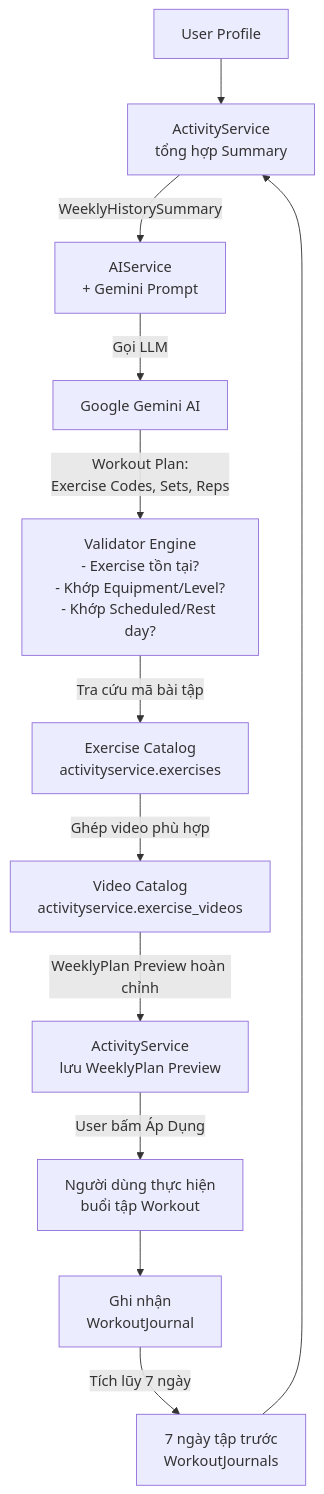
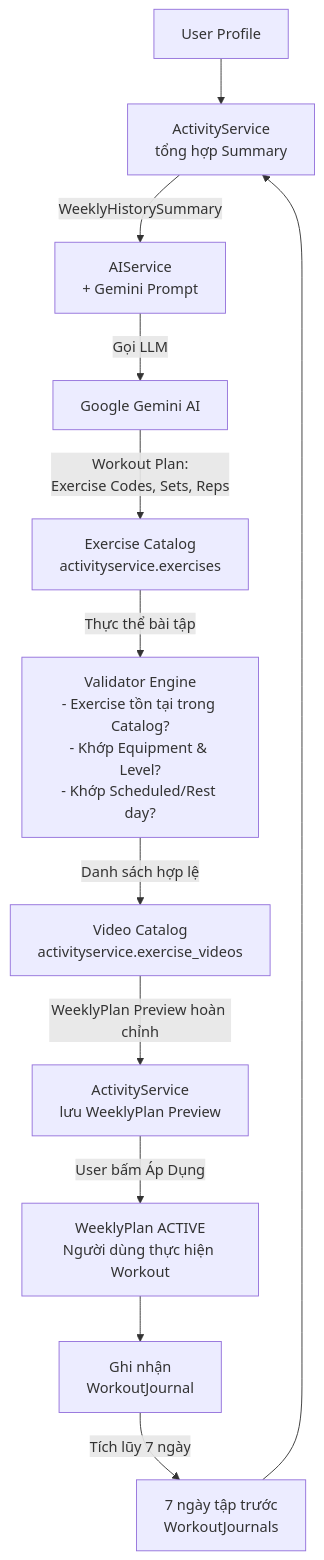
Before and after one commit to minh0trang/Fitness-AI-Web: the second of 2 diagrams in context/database-design.md, drawn with Mermaid. The commit also changed other lines of this file and 1 other file, not shown here.

Commit message:
docs: refine F05 flow order, use painReports terminology, and define difficulty hierarchy

````diff
--- a/context/database-design.md
+++ b/context/database-design.md
@@ -52,14 +52,14 @@
 ```mermaid
 flowchart TD
     A[User Profile] --> C[ActivityService\ntổng hợp Summary]
     B[7 ngày tập trước\nWorkoutJournals] --> C
     C -->|WeeklyHistorySummary| D[AIService\n+ Gemini Prompt]
     D -->|Gọi LLM| GMN[Google Gemini AI]
-    GMN -->|Workout Plan:\nExercise Codes, Sets, Reps| VAL[Validator Engine\n- Exercise tồn tại?\n- Khớp Equipment/Level?\n- Khớp Scheduled/Rest day?]
-    VAL -->|Tra cứu mã bài tập| EC[Exercise Catalog\nactivityservice.exercises]
-    EC -->|Ghép video phù hợp| VC[Video Catalog\nactivityservice.exercise_videos]
+    GMN -->|Workout Plan:\nExercise Codes, Sets, Reps| EC[Exercise Catalog\nactivityservice.exercises]
+    EC -->|Thực thể bài tập| VAL[Validator Engine\n- Exercise tồn tại trong Catalog?\n- Khớp Equipment & Level?\n- Khớp Scheduled/Rest day?]
+    VAL -->|Danh sách hợp lệ| VC[Video Catalog\nactivityservice.exercise_videos]
     VC -->|WeeklyPlan Preview hoàn chỉnh| E[ActivityService\nlưu WeeklyPlan Preview]
-    E -->|User bấm Áp Dụng| F[Người dùng thực hiện\nbuổi tập Workout]
+    E -->|User bấm Áp Dụng| F[WeeklyPlan ACTIVE\nNgười dùng thực hiện Workout]
     F --> G[Ghi nhận\nWorkoutJournal]
     G -->|Tích lũy 7 ngày| B
 ```
````
